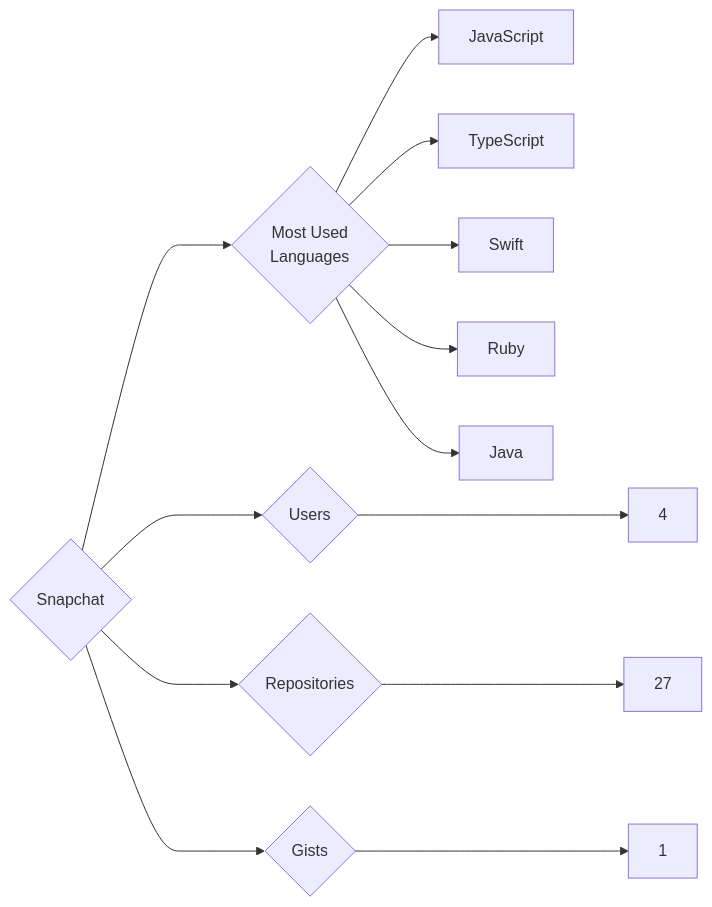
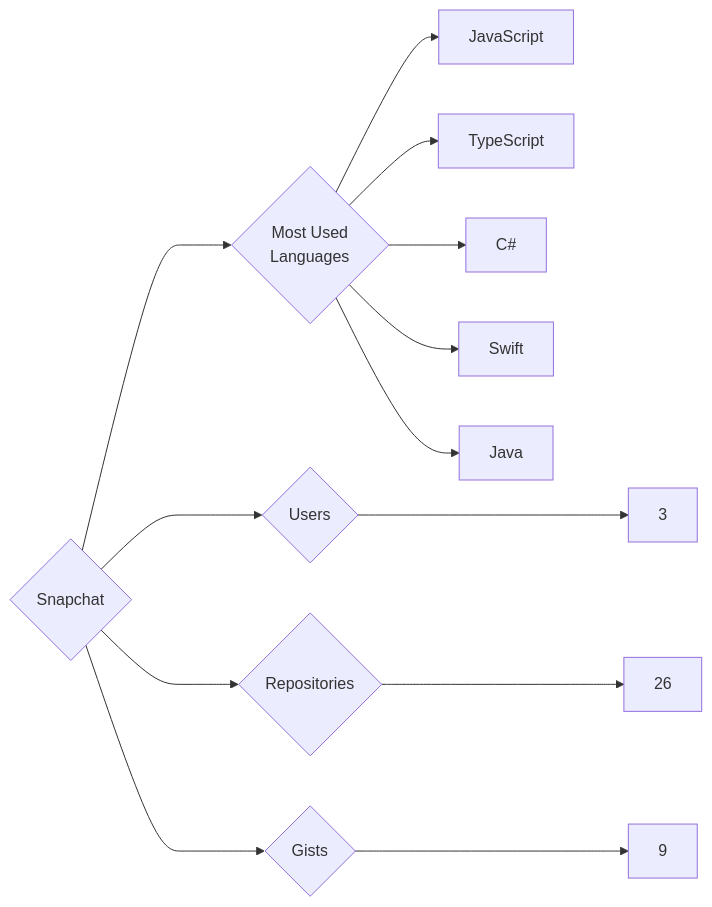
One commit to trickest/insiders changed the diagram in targets/Snapchat/README.md. Above: the diagram before and after it, drawn with Mermaid. The commit also changed 912 other files, not shown here.

````diff
--- a/targets/Snapchat/README.md
+++ b/targets/Snapchat/README.md
@@ -3,13 +3,13 @@
 ```mermaid
 graph LR
 COMPANY_NAME{Snapchat}
-COMPANY_NAME ---> U{Users} ---> UN[4]
-COMPANY_NAME ---> R{Repositories} ---> RN[27]
-COMPANY_NAME ---> G{Gists} ---> GN[1]
+COMPANY_NAME ---> U{Users} ---> UN[3]
+COMPANY_NAME ---> R{Repositories} ---> RN[26]
+COMPANY_NAME ---> G{Gists} ---> GN[9]
 COMPANY_NAME ---> ML{Most Used<br>Languages}
 ML --> JavaScript[JavaScript]
 ML --> TypeScript[TypeScript]
+ML --> C#[C#]
 ML --> Swift[Swift]
-ML --> Ruby[Ruby]
 ML --> Java[Java]
 ```
````
